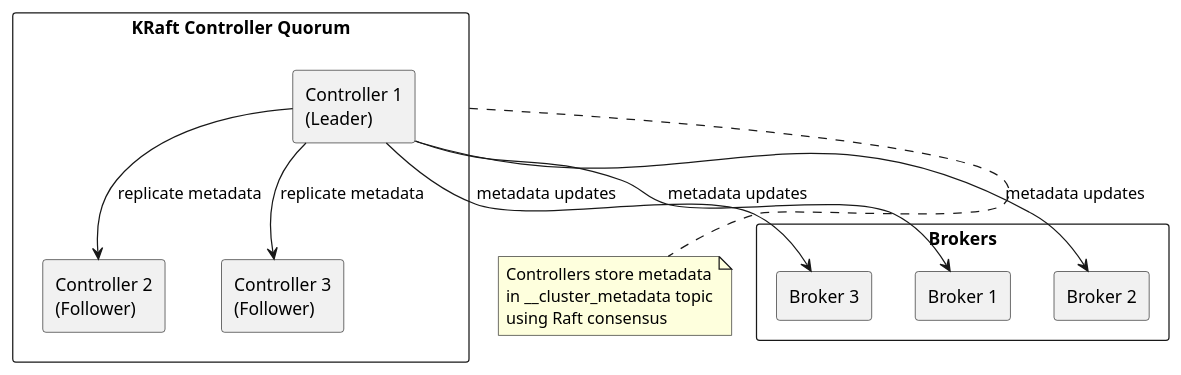
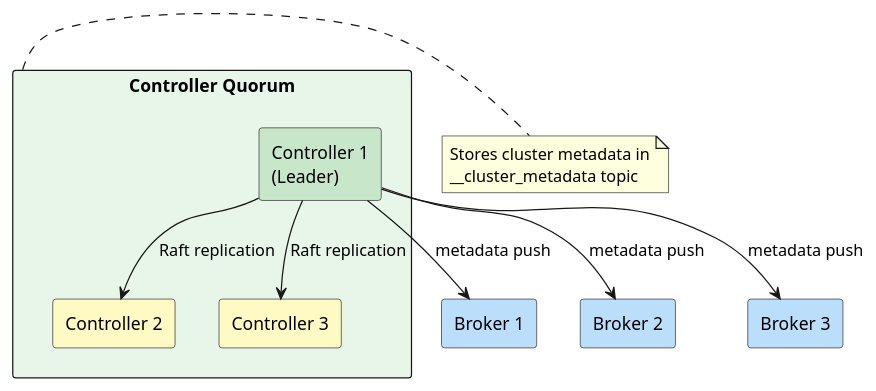
Before and after one commit to axonops/documentation: the third of 4 diagrams in docs/data-platforms/kafka/architecture/brokers/index.md, drawn with PlantUML. The commit also changed other lines of this file and 2 other files, not shown here.

First line of the commit message:
Add comprehensive Kafka broker internals documentation

````diff
--- a/docs/data-platforms/kafka/architecture/brokers/index.md
+++ b/docs/data-platforms/kafka/architecture/brokers/index.md
@@ -54,30 +127,28 @@
 ```plantuml
 @startuml
+skinparam backgroundColor transparent
 
-rectangle "KRaft Controller Quorum" as quorum {
-  rectangle "Controller 1\n(Leader)" as c1
-  rectangle "Controller 2\n(Follower)" as c2
-  rectangle "Controller 3\n(Follower)" as c3
-
-  c1 --> c2 : replicate metadata
-  c1 --> c3 : replicate metadata
+rectangle "Controller Quorum" as cq #E8F5E9 {
+    rectangle "Controller 1\n(Leader)" as c1 #C8E6C9
+    rectangle "Controller 2" as c2 #FFF9C4
+    rectangle "Controller 3" as c3 #FFF9C4
 }
 
-rectangle "Brokers" as brokers {
-  rectangle "Broker 1" as b1
-  rectangle "Broker 2" as b2
-  rectangle "Broker 3" as b3
-}
+rectangle "Broker 1" as b1 #BBDEFB
+rectangle "Broker 2" as b2 #BBDEFB
+rectangle "Broker 3" as b3 #BBDEFB
 
-c1 --> b1 : metadata updates
-c1 --> b2 : metadata updates
-c1 --> b3 : metadata updates
+c1 --> c2 : Raft replication
+c1 --> c3 : Raft replication
 
-note bottom of quorum
-  Controllers store metadata
-  in __cluster_metadata topic
-  using Raft consensus
+c1 --> b1 : metadata push
+c1 --> b2 : metadata push
+c1 --> b3 : metadata push
+
+note right of cq
+  Stores cluster metadata in
+  __cluster_metadata topic
 end note
 
 @enduml
 ```
````
